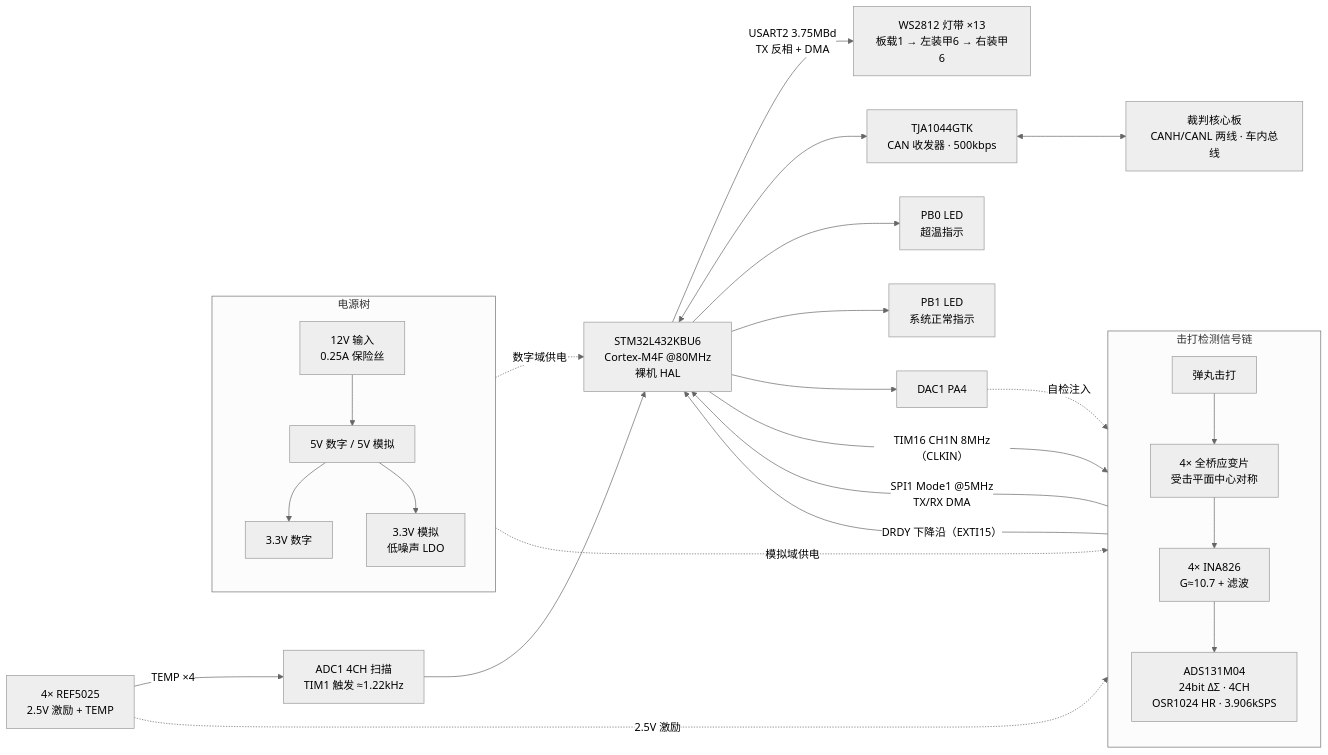
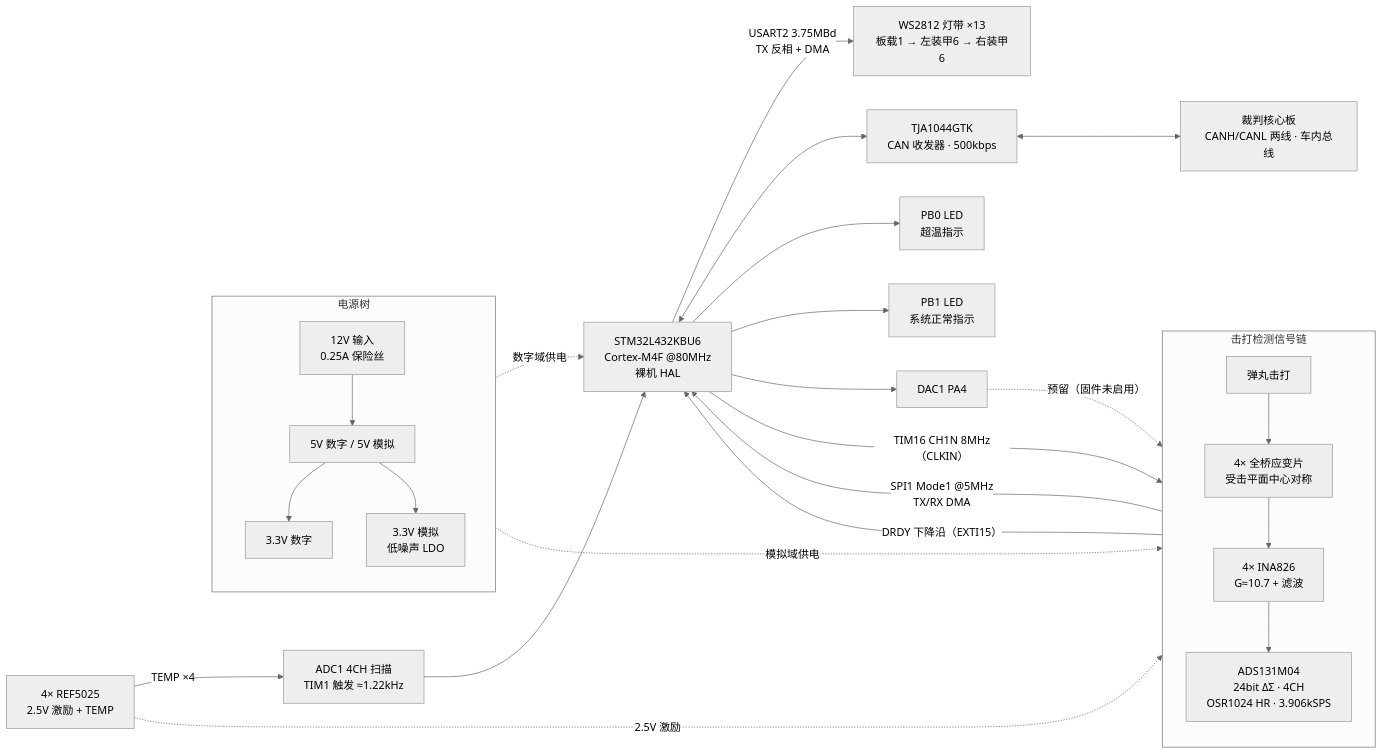
One commit to ZZ8874-001/Armor_Cmzy26_081 changed the first of 2 diagrams in Docs/装甲模块方案概述.md. Above: the diagram before and after it, drawn with Mermaid (neutral theme). The commit also changed other lines of this file and 25 other files, not shown here.

````diff
--- a/Docs/装甲模块方案概述.md
+++ b/Docs/装甲模块方案概述.md
@@ -15,31 +15,31 @@
 ```mermaid
 flowchart LR
     subgraph CHAIN["击打检测信号链"]
         direction TB
         HIT["弹丸击打"] --> SG["4× 全桥应变片<br/>受击平面中心对称"]
         SG --> INA["4× INA826<br/>G≈10.7 + 滤波"]
         INA --> ADC["ADS131M04<br/>24bit ΔΣ · 4CH<br/>OSR1024 HR · 3.906kSPS"]
     end
     MCU["STM32L432KBU6<br/>Cortex-M4F @80MHz<br/>裸机 HAL"]
     ADC -- "SPI1 Mode1 @5MHz<br/>TX/RX DMA" --> MCU
     ADC -- "DRDY 下降沿（EXTI15）" --> MCU
     MCU -- "TIM16 CH1N 8MHz（CLKIN）" --> ADC
     MCU -- "USART2 3.75MBd<br/>TX 反相 + DMA" --> WS["WS2812 灯带 ×13<br/>板载1 → 左装甲6 → 右装甲6"]
     MCU <--> TJA["TJA1044GTK<br/>CAN 收发器 · 500kbps"]
     TJA <--> CORE["裁判核心板<br/>CANH/CANL 两线 · 车内总线"]
     MCU --> OT["PB0 LED<br/>超温指示"]
     MCU --> NR["PB1 LED<br/>系统正常指示"]
     REF["4× REF5025<br/>2.5V 激励 + TEMP"] -. "2.5V 激励" .-> SG
     REF -->|"TEMP ×4"| ADC1["ADC1 4CH 扫描<br/>TIM1 触发 ≈1.22kHz"]
     ADC1 --> MCU
     MCU --> DAC["DAC1 PA4"]
-    DAC -. "自检注入" .-> INA
+    DAC -. "预留（固件未启用）" .-> INA
     subgraph PWR["电源树"]
         direction TB
         V12["12V 输入<br/>0.25A 保险丝"] --> V5["5V 数字 / 5V 模拟"]
         V5 --> V33D["3.3V 数字"]
         V5 --> V33A["3.3V 模拟<br/>低噪声 LDO"]
     end
     V33A -. "模拟域供电" .-> ADC
     V33D -. "数字域供电" .-> MCU
 ```
````
